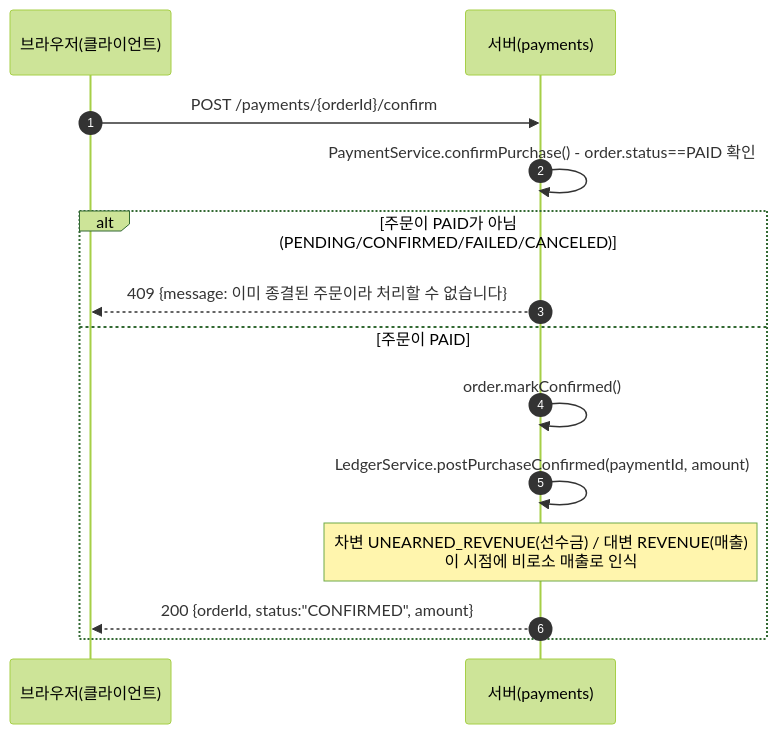
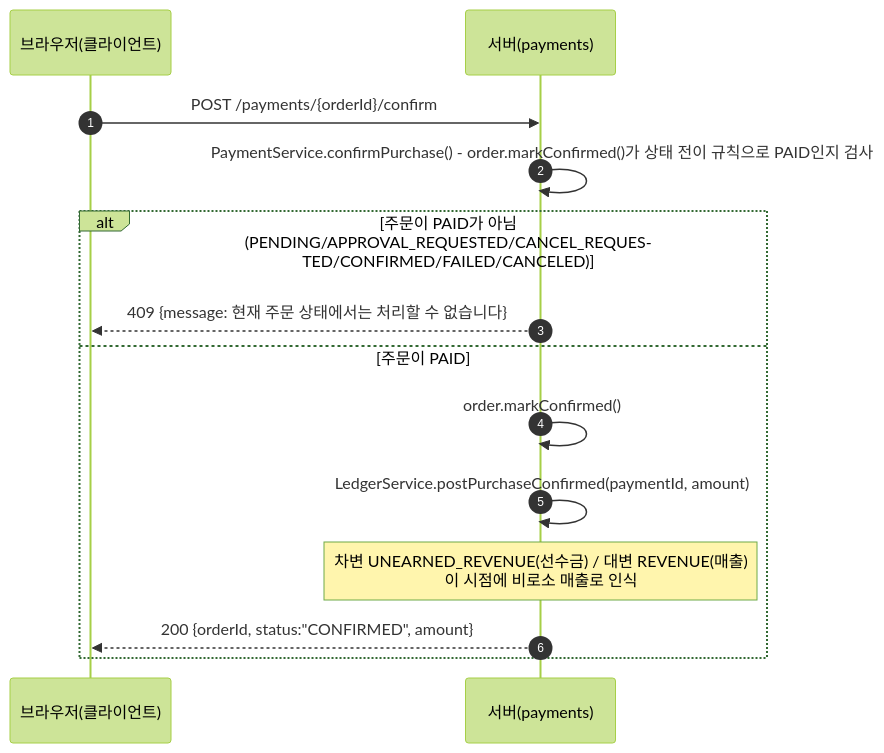
The second of 4 diagrams in docs/settlement-ledger-flow-sequence.md (ms-ssam/payments), drawn with Mermaid (forest theme) before and after one commit. The commit also changed other lines of this file and 2 other files, not shown here.

````diff
--- a/docs/settlement-ledger-flow-sequence.md
+++ b/docs/settlement-ledger-flow-sequence.md
@@ -23,18 +23,18 @@
 ```mermaid
 sequenceDiagram
     autonumber
     participant B as 브라우저(클라이언트)
     participant S as 서버(payments)
 
     B->>S: POST /payments/{orderId}/confirm
-    S->>S: PaymentService.confirmPurchase() - order.status==PAID 확인
+    S->>S: PaymentService.confirmPurchase() - order.markConfirmed()가 상태 전이 규칙으로 PAID인지 검사
 
-    alt 주문이 PAID가 아님 (PENDING/CONFIRMED/FAILED/CANCELED)
-        S-->>B: 409 {message: 이미 종결된 주문이라 처리할 수 없습니다}
+    alt 주문이 PAID가 아님 (PENDING/APPROVAL_REQUESTED/CANCEL_REQUESTED/CONFIRMED/FAILED/CANCELED)
+        S-->>B: 409 {message: 현재 주문 상태에서는 처리할 수 없습니다}
     else 주문이 PAID
         S->>S: order.markConfirmed()
         S->>S: LedgerService.postPurchaseConfirmed(paymentId, amount)
         Note over S: 차변 UNEARNED_REVENUE(선수금) / 대변 REVENUE(매출)<br/>이 시점에 비로소 매출로 인식
         S-->>B: 200 {orderId, status:"CONFIRMED", amount}
     end
 ```
````
